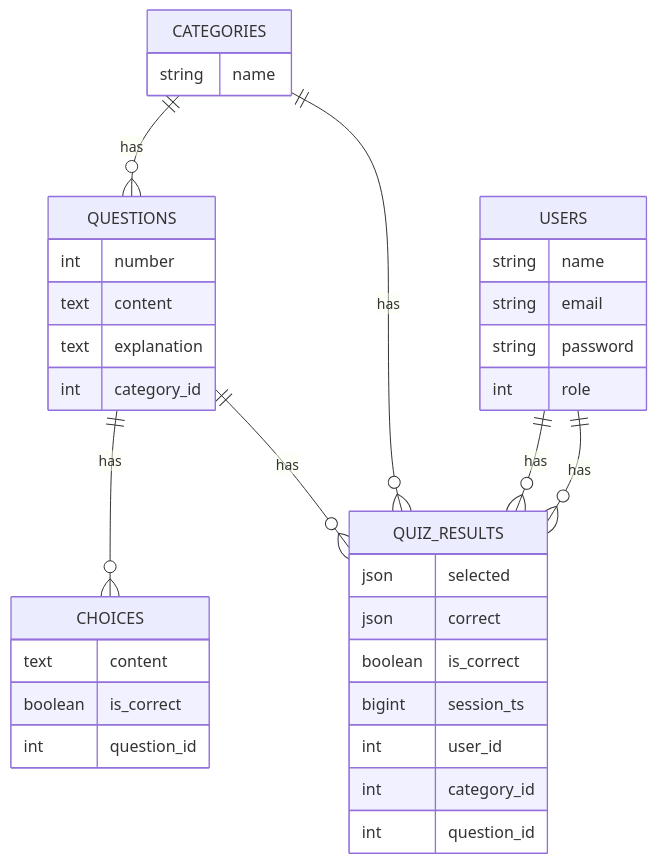
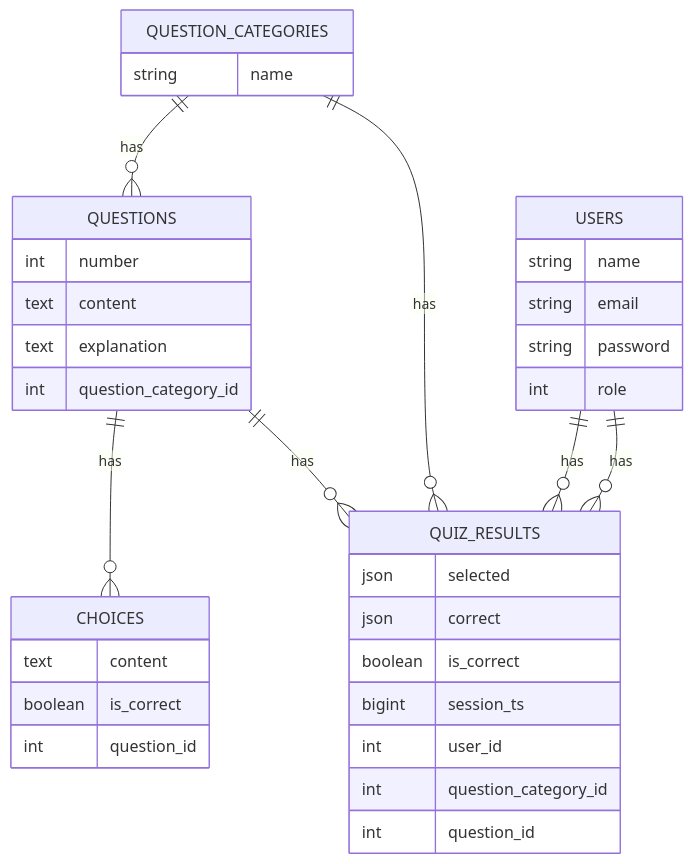
Before and after one commit to ChisatoMatoba/Study_for_Ruby_test: the second of 2 diagrams in README.md, drawn with Mermaid. The commit also changed other lines of this file and 36 other files, not shown here.

````diff
--- a/README.md
+++ b/README.md
@@ -81,39 +81,39 @@
 ```mermaid
 erDiagram
     USERS {
         string name
         string email
         string password
         int role
     }
-    CATEGORIES {
+    QUESTION_CATEGORIES {
         string name
     }
     QUESTIONS {
         int number
         text content
         text explanation
-        int category_id
+        int question_category_id
     }
     CHOICES {
         text content
         boolean is_correct
         int question_id
     }
     QUIZ_RESULTS {
         json selected
         json correct
         boolean is_correct
         bigint session_ts
         int user_id
-        int category_id
+        int question_category_id
         int question_id
     }
 
     USERS ||--o{ QUIZ_RESULTS : "has"
-    CATEGORIES ||--o{ QUESTIONS : "has"
+    QUESTION_CATEGORIES ||--o{ QUESTIONS : "has"
     QUESTIONS ||--o{ CHOICES : "has"
     USERS ||--o{ QUIZ_RESULTS : "has"
-    CATEGORIES ||--o{ QUIZ_RESULTS : "has"
+    QUESTION_CATEGORIES ||--o{ QUIZ_RESULTS : "has"
     QUESTIONS ||--o{ QUIZ_RESULTS : "has"
 ```
````
